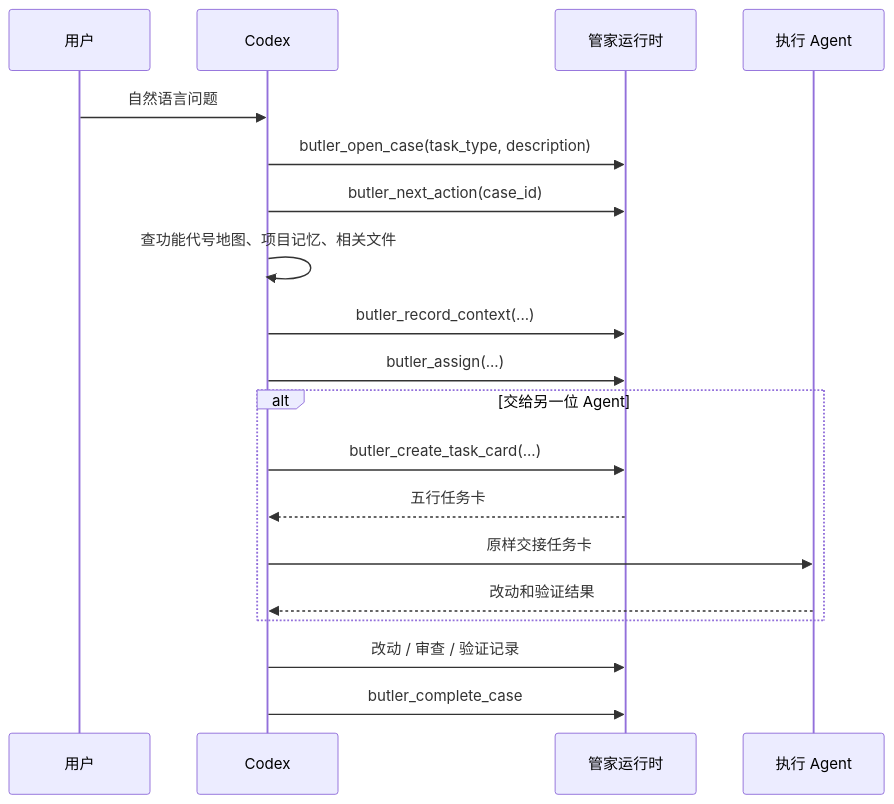
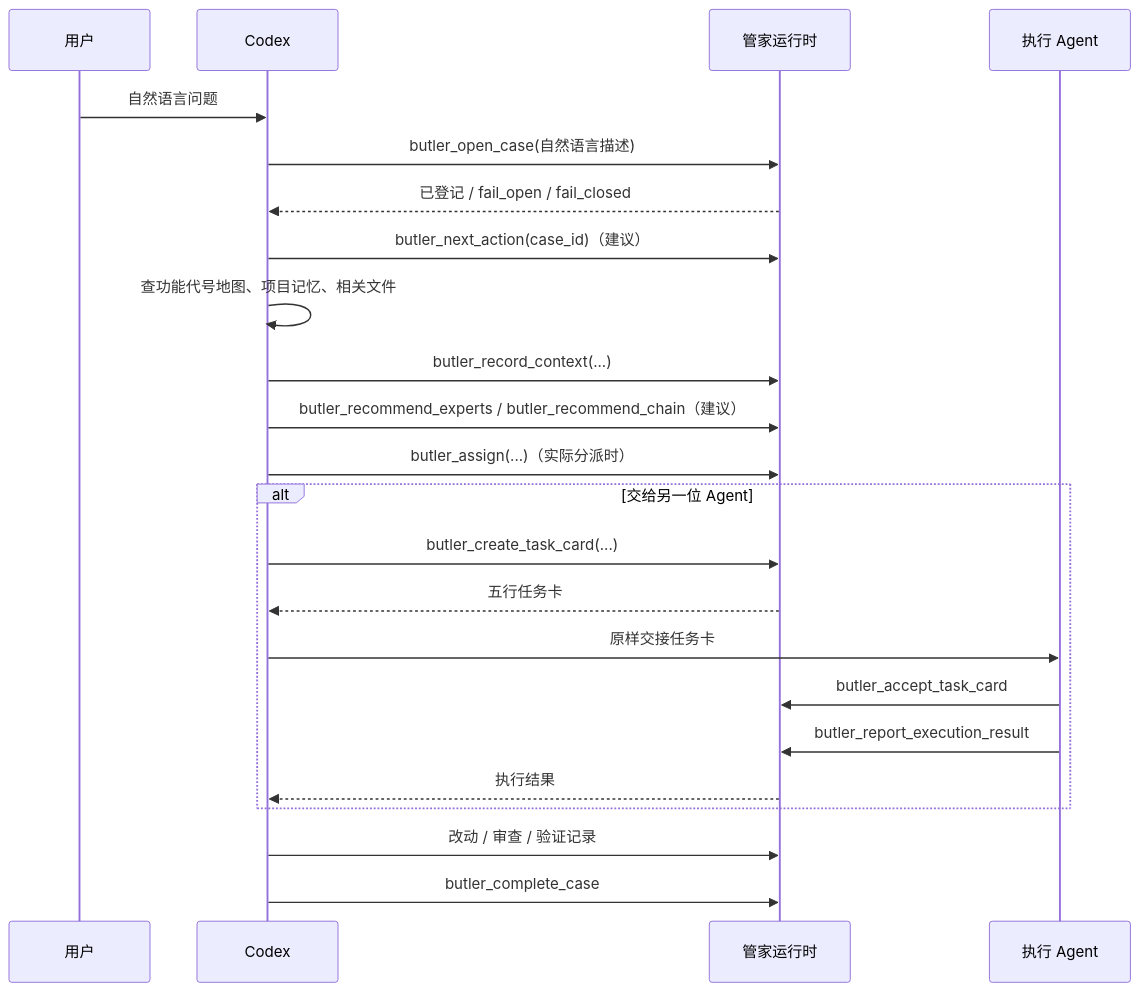
Before and after one commit to U202215785u/study-hub: the second of 2 diagrams in docs/butler-system-review.md, drawn with Mermaid. The commit also changed other lines of this file and 16 other files, not shown here.

````diff
--- a/docs/butler-system-review.md
+++ b/docs/butler-system-review.md
@@ -57,22 +57,26 @@
 ```mermaid
 sequenceDiagram
     participant U as 用户
     participant C as Codex
     participant B as 管家运行时
     participant X as 执行 Agent
 
     U->>C: 自然语言问题
-    C->>B: butler_open_case(task_type, description)
-    C->>B: butler_next_action(case_id)
+    C->>B: butler_open_case(自然语言描述)
+    B-->>C: 已登记 / fail_open / fail_closed
+    C->>B: butler_next_action(case_id)（建议）
     C->>C: 查功能代号地图、项目记忆、相关文件
     C->>B: butler_record_context(...)
-    C->>B: butler_assign(...)
+    C->>B: butler_recommend_experts / butler_recommend_chain（建议）
+    C->>B: butler_assign(...)（实际分派时）
     alt 交给另一位 Agent
         C->>B: butler_create_task_card(...)
         B-->>C: 五行任务卡
         C->>X: 原样交接任务卡
-        X-->>C: 改动和验证结果
+        X->>B: butler_accept_task_card
+        X->>B: butler_report_execution_result
+        B-->>C: 执行结果
     end
     C->>B: 改动 / 审查 / 验证记录
     C->>B: butler_complete_case
 ```
````
